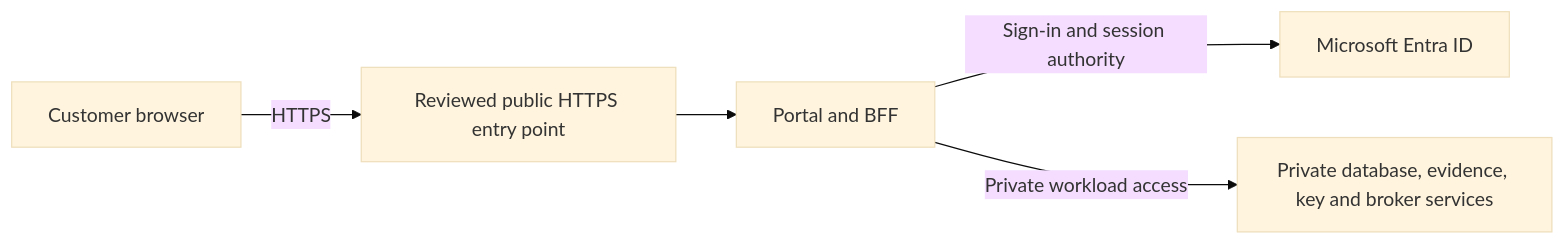
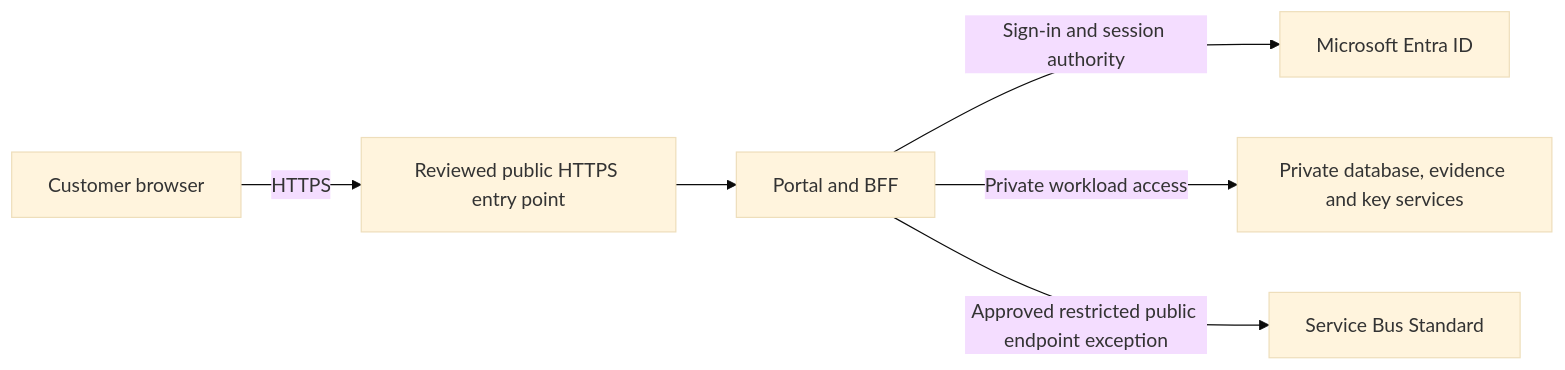
Before and after one commit to pedrovolua-pixel/IGAMigrationTool: the diagram in plans/active/post-pilot-https-portal.md, drawn with Mermaid (base theme). The commit also changed other lines of this file and 14 other files, not shown here.

````diff
--- a/plans/active/post-pilot-https-portal.md
+++ b/plans/active/post-pilot-https-portal.md
@@ -16,7 +16,8 @@
 ```mermaid
 flowchart LR
     User[Customer browser] -->|HTTPS| Edge[Reviewed public HTTPS entry point]
     Edge --> BFF[Portal and BFF]
     BFF -->|Sign-in and session authority| Entra[Microsoft Entra ID]
-    BFF -->|Private workload access| Services[Private database, evidence, key and broker services]
+    BFF -->|Private workload access| Services[Private database, evidence and key services]
+    BFF -->|Approved restricted public endpoint exception| Broker[Service Bus Standard]
 ```
````
